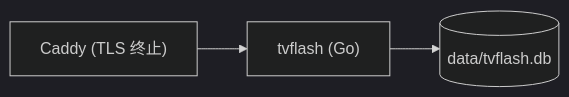
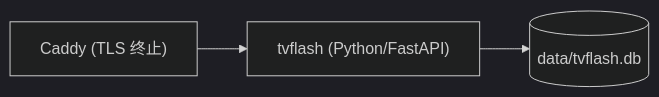
One commit to yy3738/tv_flash changed the sixth of 6 diagrams in docs/design/TECH_DESIGN.md. Above: the diagram before and after it, drawn with Mermaid (dark theme). The commit also changed other lines of this file and 31 other files, not shown here.

First line of the commit message:
feat: 三端实现（FastAPI 服务端 + Vue3 Web + 电视端 WS 客户端）

````diff
--- a/docs/design/TECH_DESIGN.md
+++ b/docs/design/TECH_DESIGN.md
@@ -367,5 +367,5 @@
 ```mermaid
 flowchart LR
-  Caddy["Caddy (TLS 终止)"] --> App["tvflash (Go)"]
+  Caddy["Caddy (TLS 终止)"] --> App["tvflash (Python/FastAPI)"]
   App --> Vol[("data/tvflash.db")]
 ```
````
